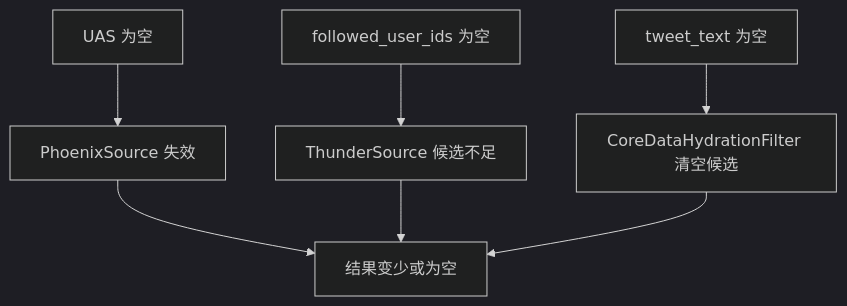
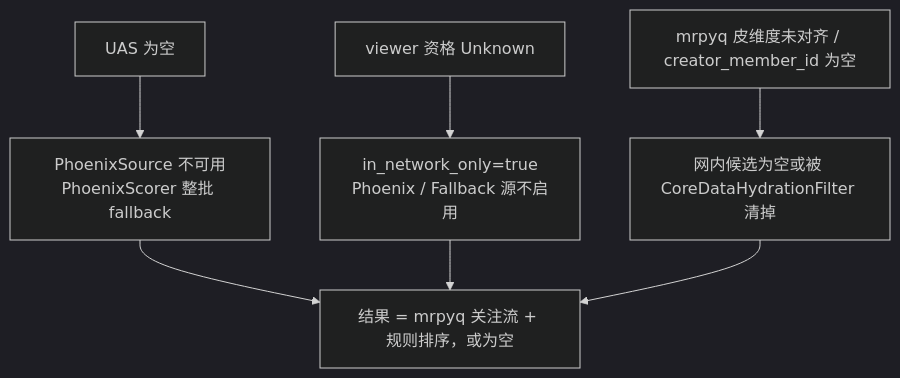
Before and after one commit to freefcw/x-algorithm: the fourth of 4 diagrams in docs/home-mixer/00-handbook.md, drawn with Mermaid (dark theme). The commit also changed other lines of this file and 21 other files, not shown here.

````diff
--- a/docs/home-mixer/00-handbook.md
+++ b/docs/home-mixer/00-handbook.md
@@ -228,9 +235,9 @@
 ```mermaid
 flowchart TD
-    A["UAS 为空"] --> B["PhoenixSource 失效"]
-    C["followed_user_ids 为空"] --> D["ThunderSource 候选不足"]
-    E["tweet_text 为空"] --> F["CoreDataHydrationFilter 清空候选"]
-    B --> G["结果变少或为空"]
+    A["UAS 为空"] --> B["PhoenixSource 不可用<br/>PhoenixScorer 整批 fallback"]
+    C["viewer 资格 Unknown"] --> D["in_network_only=true<br/>Phoenix / Fallback 源不启用"]
+    E["mrpyq 皮维度未对齐 / creator_member_id 为空"] --> F["网内候选为空或被 CoreDataHydrationFilter 清掉"]
+    B --> G["结果 = mrpyq 关注流 + 规则排序，或为空"]
     D --> G
     F --> G
 ```
````
